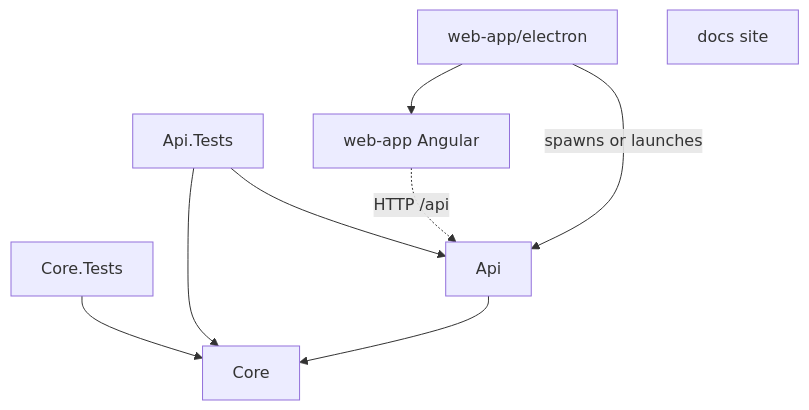
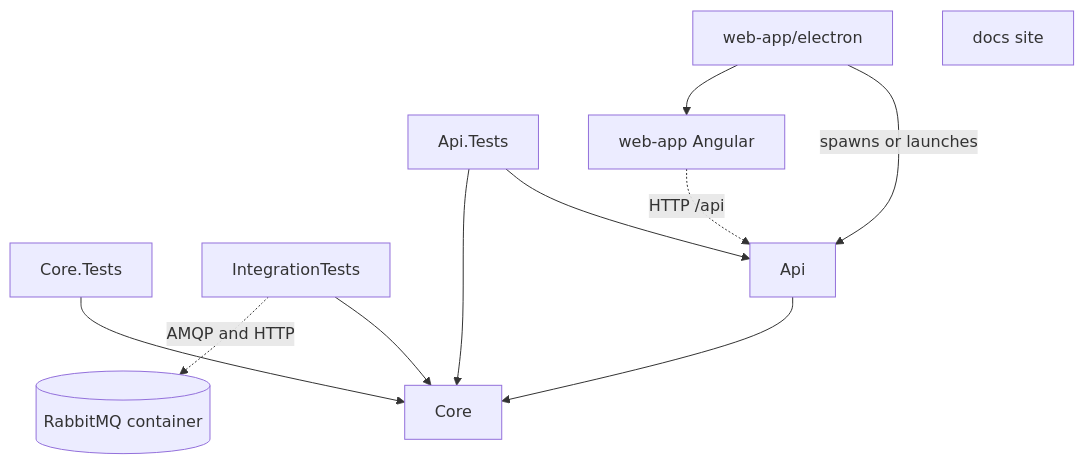
Before and after one commit to vitorafgomes/messaging-explorer: the diagram in vault/pages/architecture/project-map.md, drawn with Mermaid. The commit also changed other lines of this file and 10 other files, not shown here.

Commit message:
docs(vault): record the RabbitMQ integration tests and what they reproduced

````diff
--- a/vault/pages/architecture/project-map.md
+++ b/vault/pages/architecture/project-map.md
@@ -40,11 +42,13 @@
 ```mermaid
 flowchart TD
     CT[Core.Tests] --> Core
+    IT[IntegrationTests] --> Core
+    IT -. AMQP and HTTP .-> RMQ[(RabbitMQ container)]
     Api --> Core
     AT[Api.Tests] --> Api
     AT --> Core
     WEB[web-app Angular] -. HTTP /api .-> Api
     EL[web-app/electron] -- spawns or launches --> Api
     EL --> WEB
     DOCS[docs site]
 ```
````
